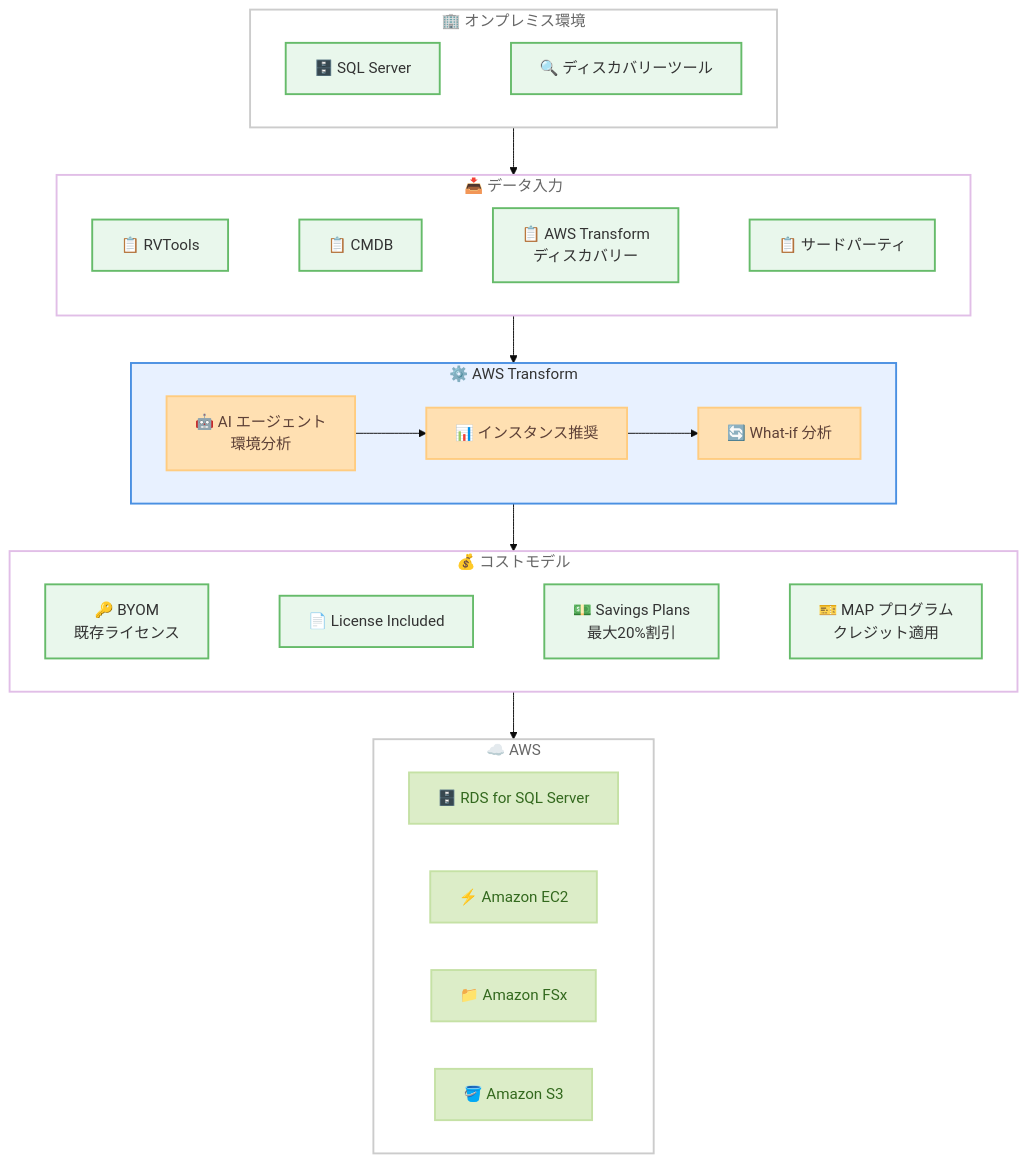
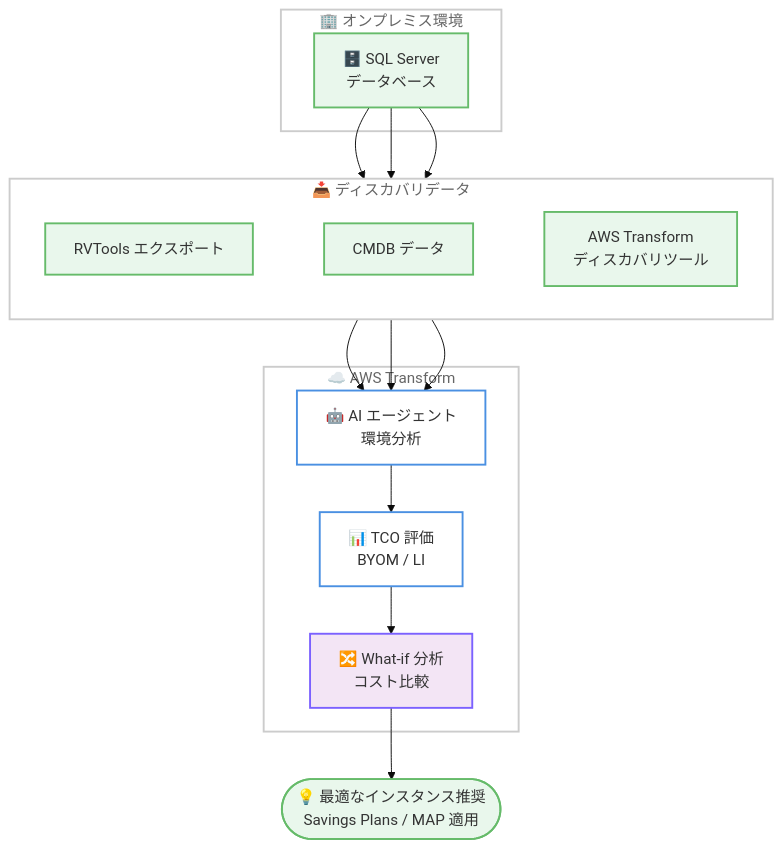
Before and after one commit to takech9203/aws-news-summary: the diagram in reports/2026/2026-06-08-amazon-rds-sql-server-cost-assessment-aws-transform.md, drawn with Mermaid (base theme). The commit also changed other lines of this file and 28 other files, not shown here.

````diff
--- a/reports/2026/2026-06-08-amazon-rds-sql-server-cost-assessment-aws-transform.md
+++ b/reports/2026/2026-06-08-amazon-rds-sql-server-cost-assessment-aws-transform.md
@@ -31,62 +38,45 @@
 ```mermaid
 flowchart TD
     subgraph OnPrem["🏢 オンプレミス環境"]
-        direction LR
-        SQL["🗄️ SQL Server"]
-        Tools["🔍 ディスカバリーツール"]
-        SQL ~~~ Tools
+        SQL["🗄️ SQL Server<br/>データベース"]
     end
 
-    subgraph Input["📥 データ入力"]
+    subgraph Discovery["📥 ディスカバリデータ"]
         direction LR
-        RV["📋 RVTools"]
-        CMDB["📋 CMDB"]
-        Disc["📋 AWS Transform<br/>ディスカバリー"]
-        Third["📋 サードパーティ"]
-        RV ~~~ CMDB ~~~ Disc ~~~ Third
+        D1["RVTools エクスポート"]
+        D2["CMDB データ"]
+        D3["AWS Transform<br/>ディスカバリツール"]
+        D1 ~~~ D2 ~~~ D3
     end
 
-    subgraph Transform["⚙️ AWS Transform"]
-        AI["🤖 AI エージェント<br/>環境分析"]
-        Recommend["📊 インスタンス推奨"]
-        WhatIf["🔄 What-if 分析"]
-        AI --> Recommend
-        Recommend --> WhatIf
+    subgraph Transform["☁️ AWS Transform"]
+        Agent["🤖 AI エージェント<br/>環境分析"]
+        Assess["📊 TCO 評価<br/>BYOM / LI"]
+        WhatIf["🔀 What-if 分析<br/>コスト比較"]
     end
 
-    subgraph Options["💰 コストモデル"]
-        direction LR
-        BYOM["🔑 BYOM<br/>既存ライセンス"]
-        LI["📄 License Included"]
-        SP["💵 Savings Plans<br/>最大20%割引"]
-        MAP["🎫 MAP プログラム<br/>クレジット適用"]
-        BYOM ~~~ LI ~~~ SP ~~~ MAP
-    end
+    Result(["💡 最適なインスタンス推奨<br/>Savings Plans / MAP 適用"])
 
-    subgraph Target["☁️ AWS"]
-        RDS["🗄️ RDS for SQL Server"]
-        EC2["⚡ Amazon EC2"]
-        FSx["📁 Amazon FSx"]
-        S3["🪣 Amazon S3"]
-    end
+    SQL --> D1
+    SQL --> D2
+    SQL --> D3
+    D1 --> Agent
+    D2 --> Agent
+    D3 --> Agent
+    Agent --> Assess
+    Assess --> WhatIf
+    WhatIf --> Result
 
-    OnPrem --> Input
-    Input --> Transform
-    Transform --> Options
-    Options --> Target
+    classDef onprem fill:none,stroke:#CCCCCC,stroke-width:2px,color:#666666
+    classDef cloud fill:none,stroke:#CCCCCC,stroke-width:2px,color:#666666
+    classDef input fill:#E9F7EC,stroke:#66BB6A,stroke-width:2px,color:#333333
+    classDef process fill:#FFFFFF,stroke:#4A90E2,stroke-width:2px,color:#333333
+    classDef decision fill:#F3E5F5,stroke:#7B61FF,stroke-width:2px,color:#333333
 
-    classDef cloud fill:none,stroke:#CCCCCC,stroke-width:2px,color:#666666
-    classDef layer fill:none,stroke:#E1BEE7,stroke-width:2px,color:#666666
-    classDef compute fill:#FFE0B2,stroke:#FFCC80,stroke-width:2px,color:#5D4037
-    classDef storage fill:#DCEDC8,stroke:#C5E1A5,stroke-width:2px,color:#33691E
-    classDef input fill:#E9F7EC,stroke:#66BB6A,stroke-width:2px,color:#333333
-    classDef process fill:#E8F1FF,stroke:#4A90E2,stroke-width:2px,color:#333333
-
-    class OnPrem,Target cloud
-    class Input,Options layer
-    class Transform process
-    class AI,Recommend,WhatIf compute
-    class RDS,EC2,FSx,S3 storage
-    class RV,CMDB,Disc,Third,SQL,Tools input
-    class BYOM,LI,SP,MAP input
+    class OnPrem onprem
+    class Discovery,Transform cloud
+    class D1,D2,D3,SQL input
+    class Agent,Assess process
+    class WhatIf decision
+    class Result input
 ```
````
